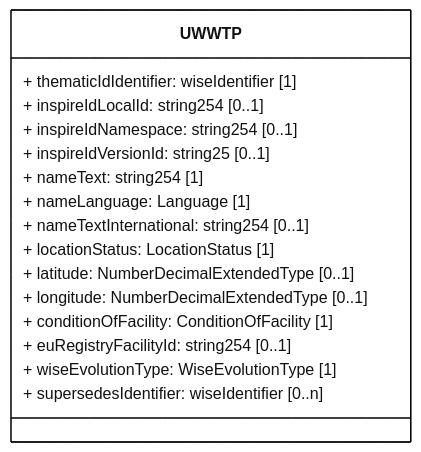
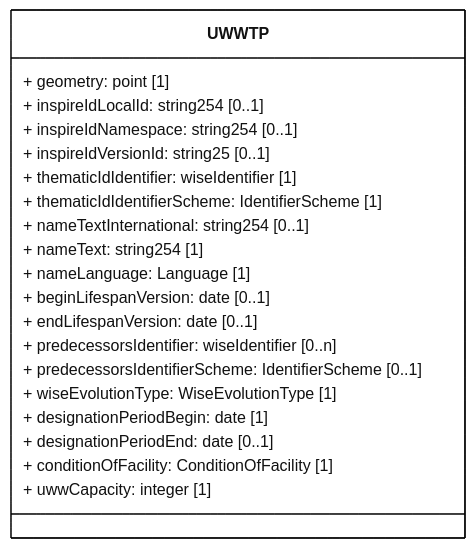
The diagram in docs/rUWWTD2024/SpatialPoints/mmd/SpatialPoints_UWWTP_ClassDiagram.mmd (eeadata/WISE.UWWTD.Documentation), drawn with Mermaid before and after one commit. The commit also changed 11 other files, not shown here.

First line of the commit message:
Align the spatial points tables with the geospatial schema and WISE

```diff
--- a/docs/rUWWTD2024/SpatialPoints/mmd/SpatialPoints_UWWTP_ClassDiagram.mmd
+++ b/docs/rUWWTD2024/SpatialPoints/mmd/SpatialPoints_UWWTP_ClassDiagram.mmd
@@ -1,28 +1,32 @@
 ---
 config:
   class:
     hideEmptyMembersBox: true
   layout: dagre
   theme: neutral
 ---
 classDiagram
 direction LR
 class UWWTP {
-    + thematicIdIdentifier: wiseIdentifier [1]
+    + geometry: point [1]
     + inspireIdLocalId: string254 [0..1]
     + inspireIdNamespace: string254 [0..1]
     + inspireIdVersionId: string25 [0..1]
+    + thematicIdIdentifier: wiseIdentifier [1]
+    + thematicIdIdentifierScheme: IdentifierScheme [1]
+    + nameTextInternational: string254 [0..1]
     + nameText: string254 [1]
     + nameLanguage: Language [1]
-    + nameTextInternational: string254 [0..1]
-    + locationStatus: LocationStatus [1]
-    + latitude: NumberDecimalExtendedType [0..1]
-    + longitude: NumberDecimalExtendedType [0..1]
+    + beginLifespanVersion: date [0..1]
+    + endLifespanVersion: date [0..1]
+    + predecessorsIdentifier: wiseIdentifier [0..n]
+    + predecessorsIdentifierScheme: IdentifierScheme [0..1]
+    + wiseEvolutionType: WiseEvolutionType [1]
+    + designationPeriodBegin: date [1]
+    + designationPeriodEnd: date [0..1]
     + conditionOfFacility: ConditionOfFacility [1]
-    + euRegistryFacilityId: string254 [0..1]
-    + wiseEvolutionType: WiseEvolutionType [1]
-    + supersedesIdentifier: wiseIdentifier [0..n]
+    + uwwCapacity: integer [1]
 }
 
 classDef default fill:white,stroke:#000;
 classDef forFixing fill:white,stroke:#f00;
```
